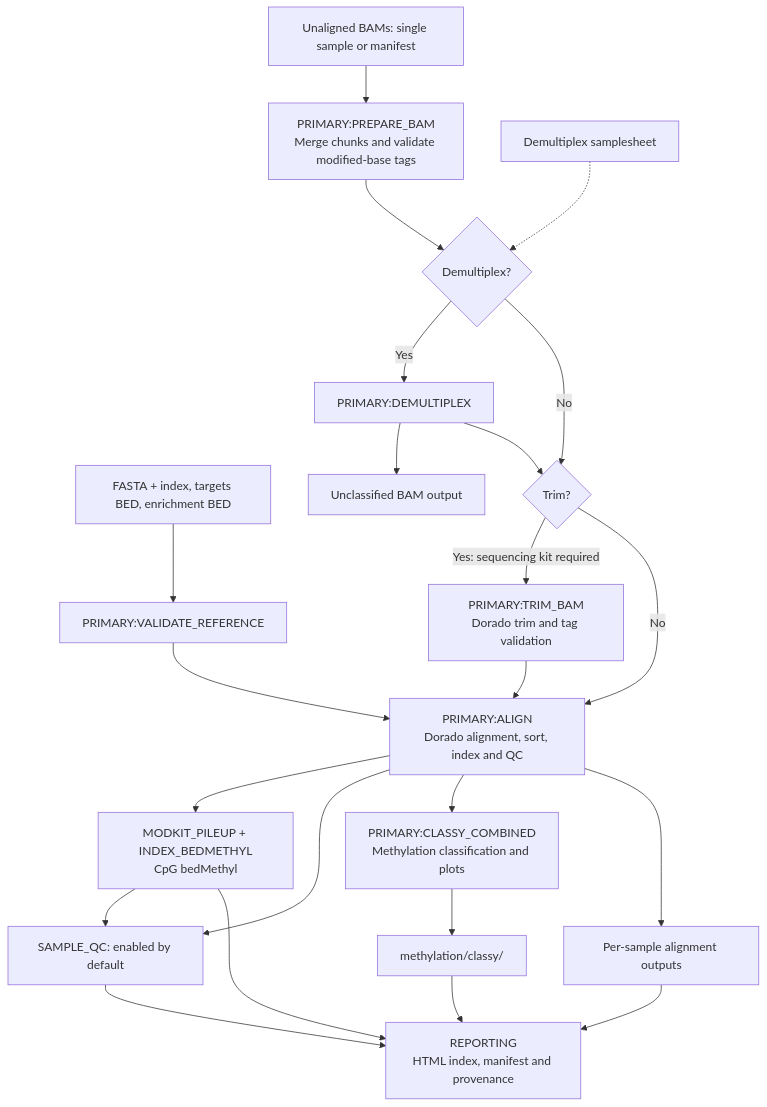
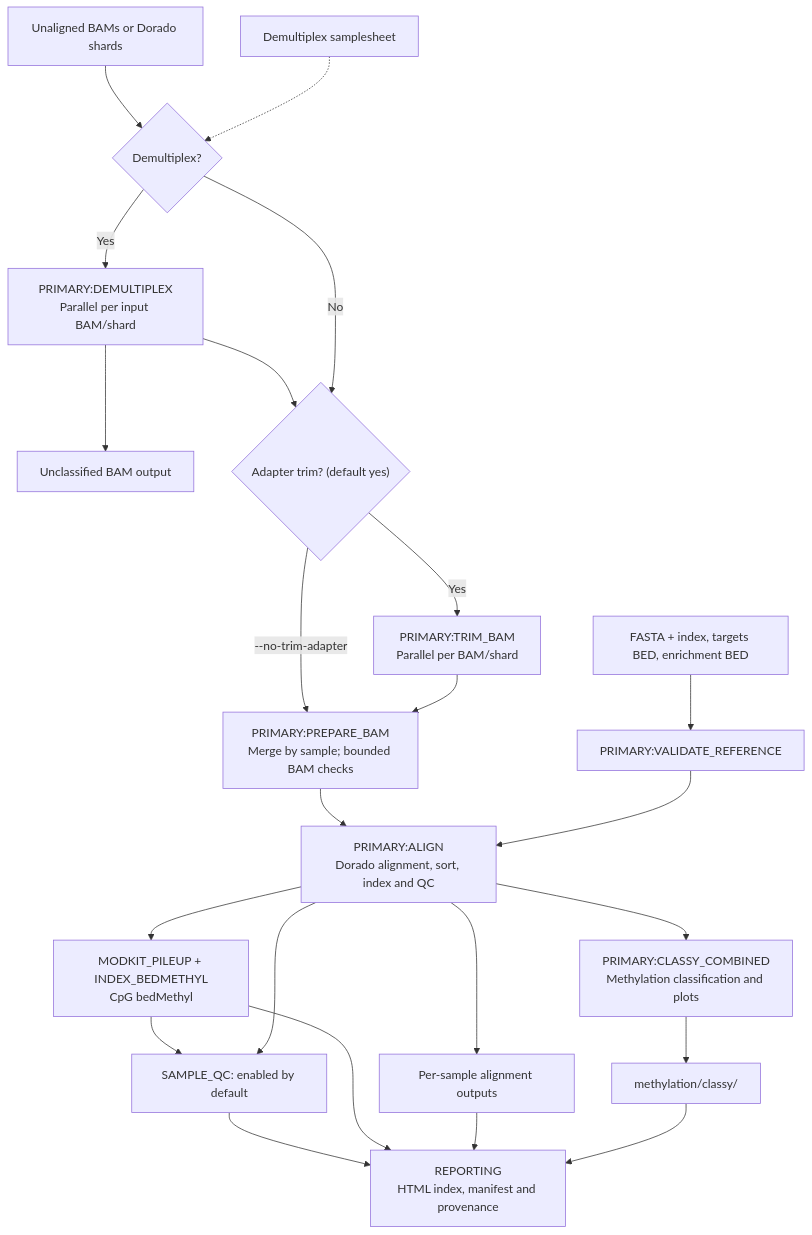
One commit to dbuckleychla/FrankONTstein changed the first of 3 diagrams in README.md. Above: the diagram before and after it, drawn with Mermaid. The commit also changed other lines of this file and 101 other files, not shown here.

````diff
--- a/README.md
+++ b/README.md
@@ -28,25 +28,25 @@
 ```mermaid
 flowchart TD
-    I["Unaligned BAMs: single sample or manifest"] --> P["PRIMARY:PREPARE_BAM<br/>Merge chunks and validate modified-base tags"]
+    I["Unaligned BAMs or Dorado shards"] --> D{"Demultiplex?"}
     R["FASTA + index, targets BED, enrichment BED"] --> V["PRIMARY:VALIDATE_REFERENCE"]
-    P --> D{"Demultiplex?"}
     S["Demultiplex samplesheet"] -.-> D
-    D -->|Yes| DX["PRIMARY:DEMULTIPLEX"]
+    D -->|Yes| DX["PRIMARY:DEMULTIPLEX<br/>Parallel per input BAM/shard"]
     DX --> U["Unclassified BAM output"]
-    DX --> T{"Trim?"}
+    DX --> T{"Adapter trim? (default yes)"}
     D -->|No| T
-    T -->|Yes: sequencing kit required| TR["PRIMARY:TRIM_BAM<br/>Dorado trim and tag validation"]
-    T -->|No| A["PRIMARY:ALIGN<br/>Dorado alignment, sort, index and QC"]
-    TR --> A
+    T -->|Yes| TR["PRIMARY:TRIM_BAM<br/>Parallel per BAM/shard"]
+    T -->|--no-trim-adapter| P["PRIMARY:PREPARE_BAM<br/>Merge by sample; bounded BAM checks"]
+    TR --> P
+    P --> A["PRIMARY:ALIGN<br/>Dorado alignment, sort, index and QC"]
     V --> A
     A --> BED["MODKIT_PILEUP + INDEX_BEDMETHYL<br/>CpG bedMethyl"]
     BED --> QC["SAMPLE_QC: enabled by default"]
     A --> QC
     QC --> REPORT
     BED --> REPORT
     A --> C["PRIMARY:CLASSY_COMBINED<br/>Methylation classification and plots"]
     A --> O["Per-sample alignment outputs"]
     C --> M["methylation/classy/"]
     O --> REPORT["REPORTING<br/>HTML index, manifest and provenance"]
     M --> REPORT
 ```
````
